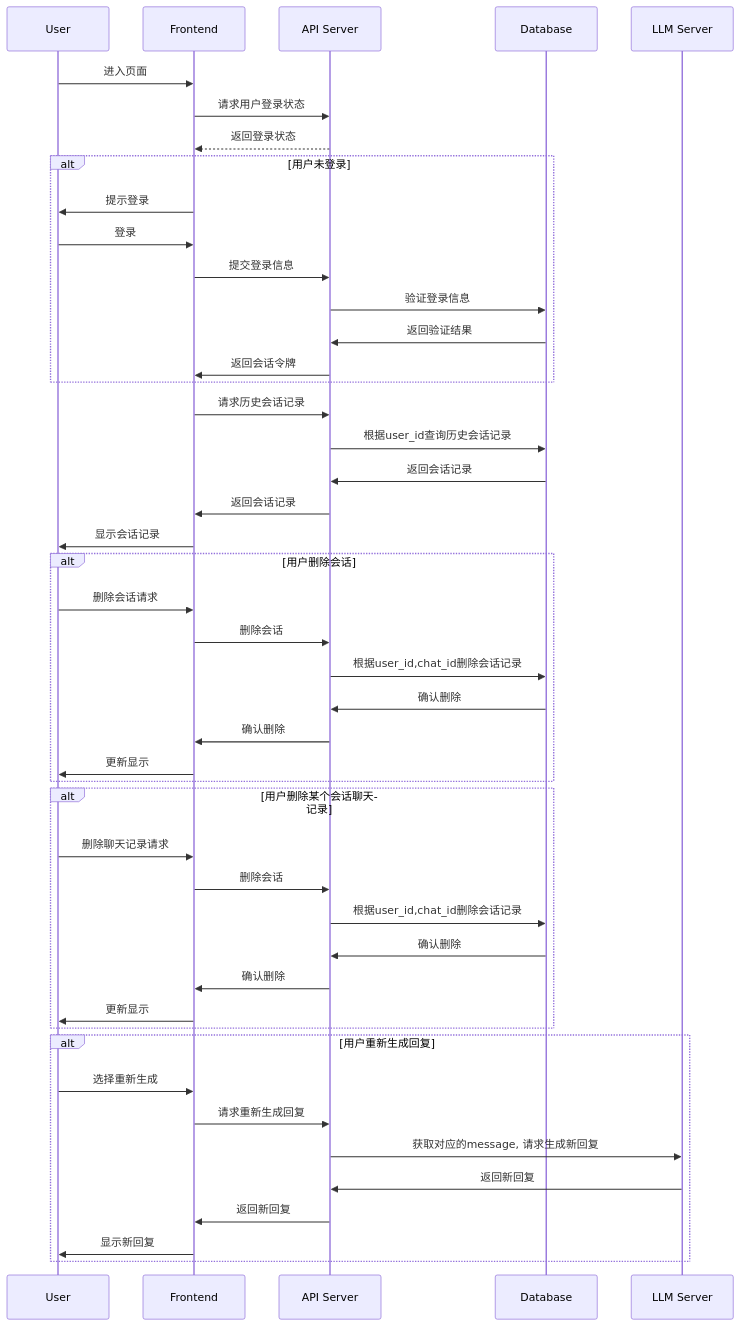
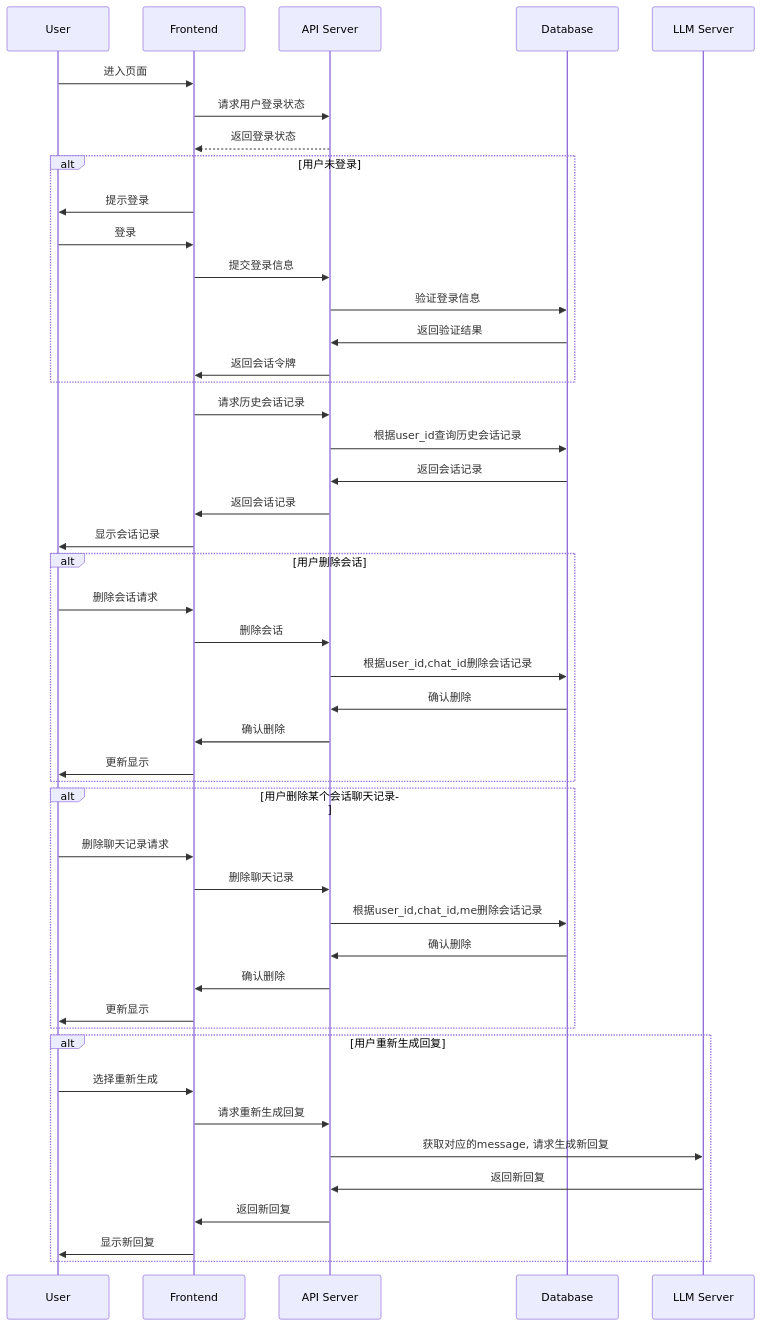
Before and after one commit to yingjianzh/iodraw-files: the diagram in all/未命名-7.md, drawn with Mermaid.

Commit message:
2024-10-09 09:47:09 update

````diff
--- a/all/未命名-7.md
+++ b/all/未命名-7.md
@@ -1,54 +1,54 @@
 ```mermaid
 sequenceDiagram
     participant User
     participant Frontend
     participant API Server
     participant Database
 
 
     User->>Frontend: 进入页面
     Frontend->>API Server: 请求用户登录状态
     API Server-->>Frontend: 返回登录状态
     alt 用户未登录
         Frontend->>User: 提示登录
         User->>Frontend: 登录
         Frontend->>API Server: 提交登录信息
         API Server->>Database: 验证登录信息
         Database->>API Server: 返回验证结果
         API Server->>Frontend: 返回会话令牌
     end
 
     Frontend->>API Server: 请求历史会话记录
     API Server->>Database: 根据user_id查询历史会话记录
     Database->>API Server: 返回会话记录
     API Server->>Frontend: 返回会话记录
     Frontend->>User: 显示会话记录
 
     alt 用户删除会话
         User->>Frontend: 删除会话请求
         Frontend->>API Server: 删除会话
         API Server->>Database: 根据user_id,chat_id删除会话记录
         Database->>API Server: 确认删除
         API Server->>Frontend: 确认删除
         Frontend->>User: 更新显示
     end
 
     alt 用户删除某个会话聊天记录
         User->>Frontend: 删除聊天记录请求
-        Frontend->>API Server: 删除会话
-        API Server->>Database: 根据user_id,chat_id删除会话记录
+        Frontend->>API Server: 删除聊天记录
+        API Server->>Database: 根据user_id,chat_id,me删除会话记录
         Database->>API Server: 确认删除
         API Server->>Frontend: 确认删除
         Frontend->>User: 更新显示
     end
 
     alt 用户重新生成回复
         User->>Frontend: 选择重新生成
         Frontend->>API Server: 请求重新生成回复
         API Server->>LLM Server: 获取对应的message, 请求生成新回复
         LLM Server->>API Server: 返回新回复
         API Server->>Frontend: 返回新回复
         Frontend->>User: 显示新回复
     end
 
 ```
````
